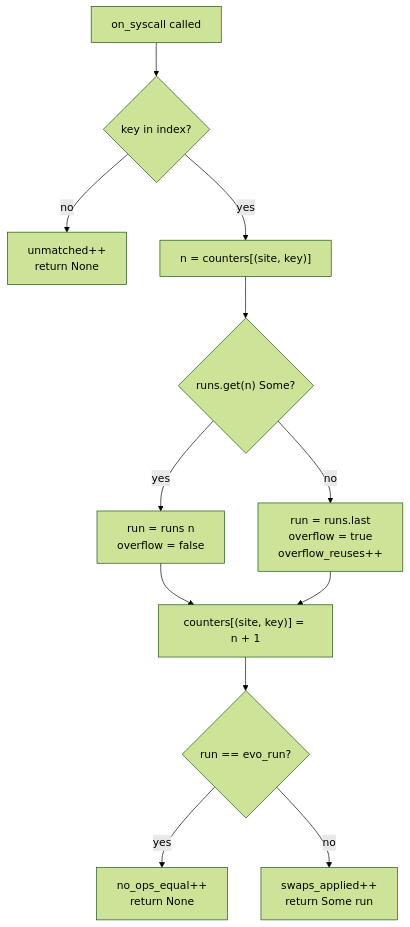
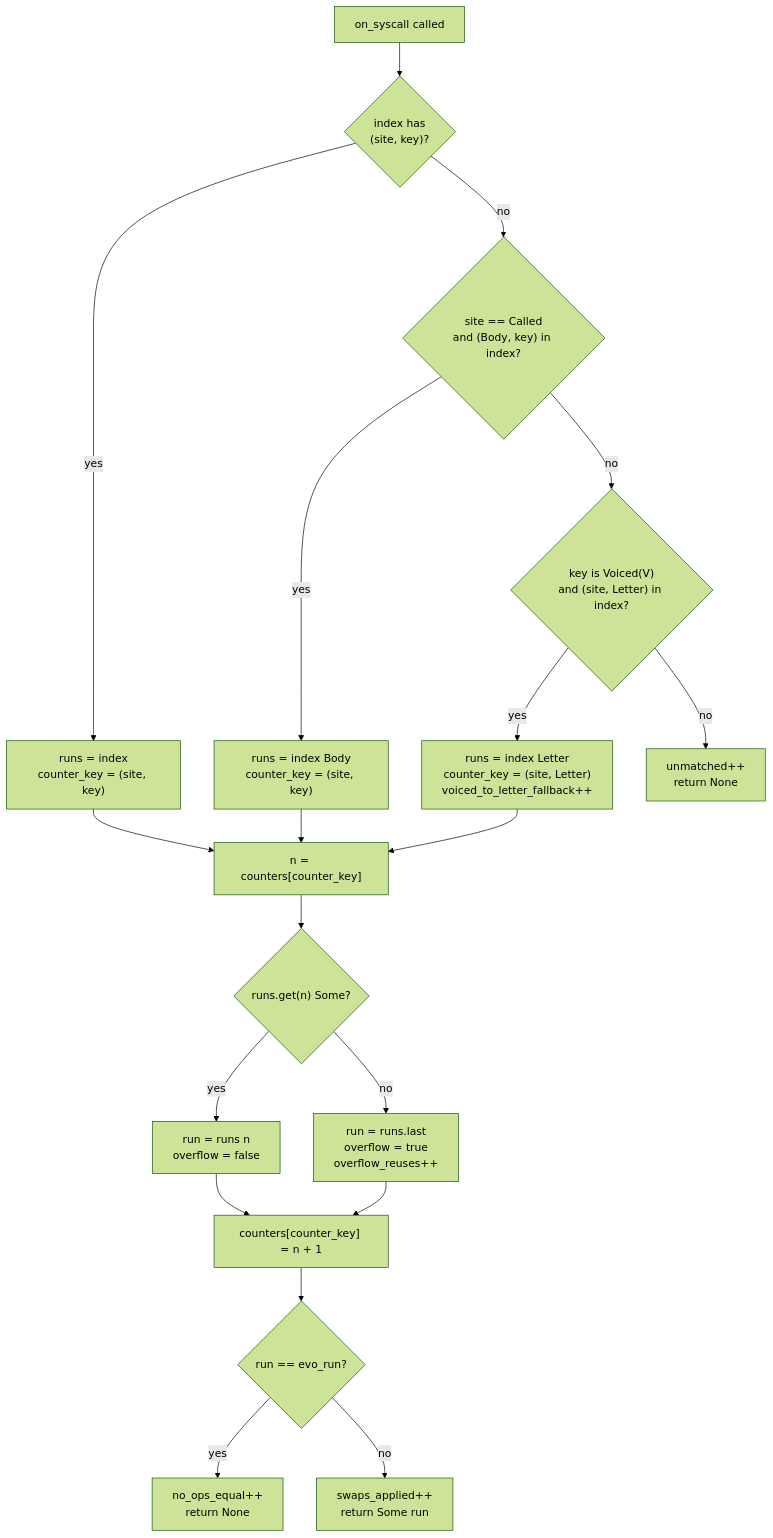
The fifth of 5 diagrams in docs/ARCHITECTURE.md (kvnxiao/sora-remake-merge), drawn with Mermaid (forest theme) before and after one commit. The commit also changed other lines of this file and 11 other files, not shown here.

First line of the commit message:
Support EVO voice-ID upgrades, asm body substitution, and run audits

````diff
--- a/docs/ARCHITECTURE.md
+++ b/docs/ARCHITECTURE.md
@@ -254,14 +283,21 @@
 ```mermaid
 flowchart TD
-    A[on_syscall called] --> B{key in index?}
-    B -- no --> U[unmatched++<br/>return None]
-    B -- yes --> C["n = counters[(site, key)]"]
+    A[on_syscall called] --> B{"index has<br/>(site, key)?"}
+    B -- yes --> H["runs = index<br/>counter_key = (site, key)"]
+    B -- no --> CC{"site == Called<br/>and (Body, key) in index?"}
+    CC -- yes --> CB["runs = index Body<br/>counter_key = (site, key)"]
+    CC -- no --> VL{"key is Voiced(V)<br/>and (site, Letter) in index?"}
+    VL -- yes --> VLF["runs = index Letter<br/>counter_key = (site, Letter)<br/>voiced_to_letter_fallback++"]
+    VL -- no --> U[unmatched++<br/>return None]
+    H --> C["n = counters[counter_key]"]
+    CB --> C
+    VLF --> C
     C --> D{"runs.get(n) Some?"}
     D -- yes --> E[run = runs n<br/>overflow = false]
     D -- no --> F[run = runs.last<br/>overflow = true<br/>overflow_reuses++]
-    E --> H["counters[(site, key)] = n + 1"]
-    F --> H
-    H --> I{run == evo_run?}
-    I -- yes --> J[no_ops_equal++<br/>return None]
-    I -- no --> K[swaps_applied++<br/>return Some run]
+    E --> J["counters[counter_key] = n + 1"]
+    F --> J
+    J --> I{run == evo_run?}
+    I -- yes --> K[no_ops_equal++<br/>return None]
+    I -- no --> L[swaps_applied++<br/>return Some run]
 ```
````
